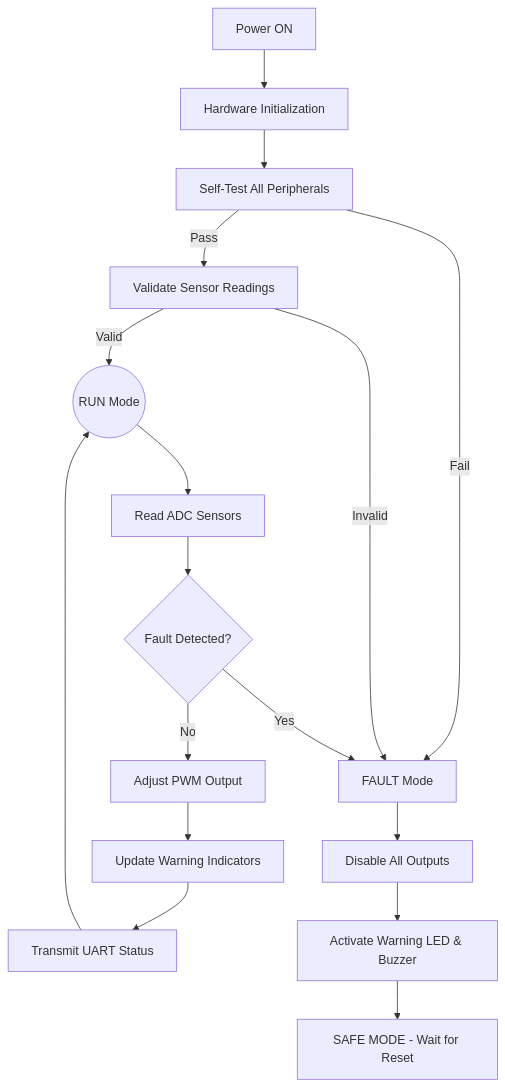
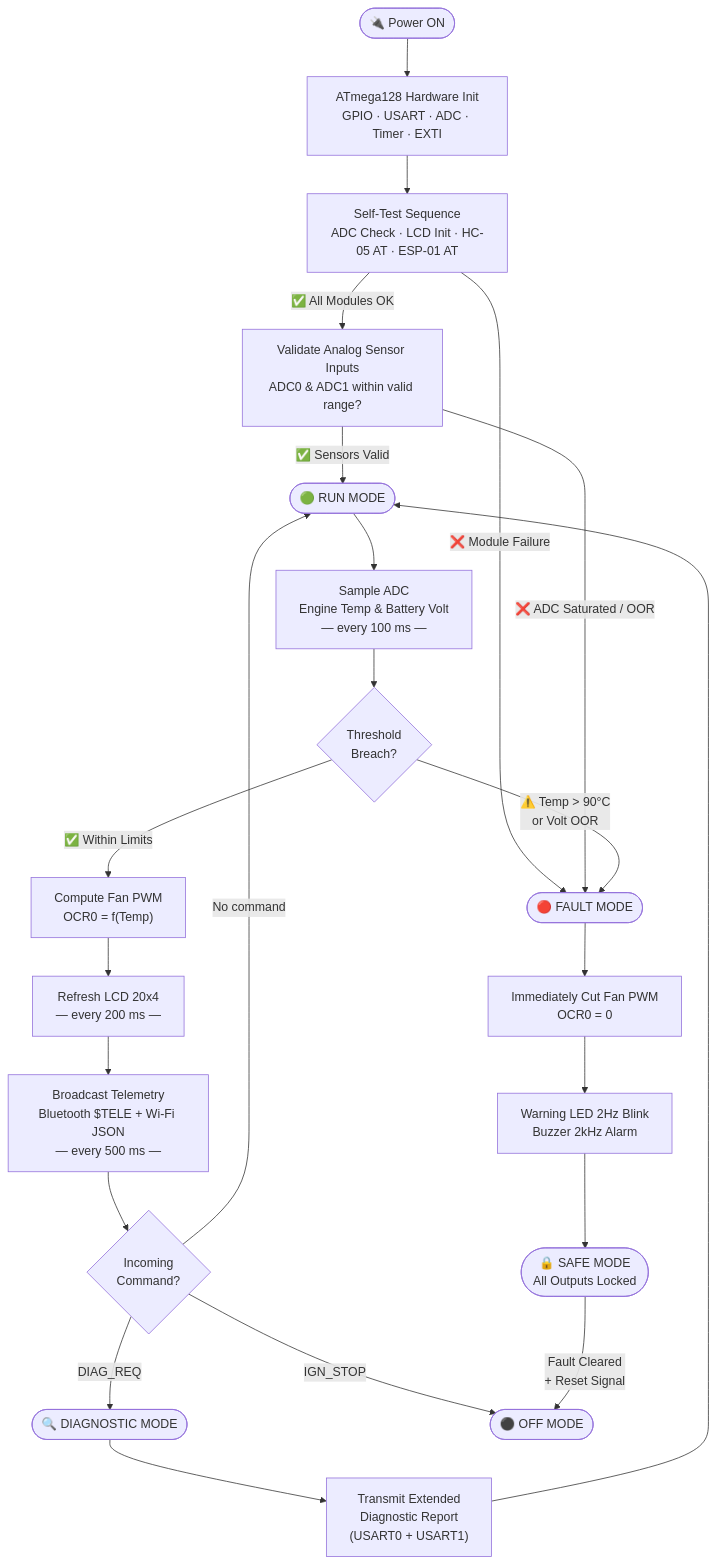
The third of 3 diagrams in Readme.md (Gestell-Solution/GGS_Automotive-Mini-ECU), drawn with Mermaid before and after one commit. The commit also changed other lines of this file, not shown here.

````diff
--- a/Readme.md
+++ b/Readme.md
@@ -258,25 +723,33 @@
 ```mermaid
 flowchart TD
-    A[Power ON] --> B[Hardware Initialization]
-    B --> C[Self-Test All Peripherals]
-  
-    C -->|Pass| D[Validate Sensor Readings]
-    C -->|Fail| FAULT
-  
-    D -->|Valid| E((RUN Mode))
-    D -->|Invalid| FAULT[FAULT Mode]
-  
-    E --> F[Read ADC Sensors]
-    F --> G{Fault Detected?}
-  
-    G -->|Yes| FAULT
-    G -->|No| H[Adjust PWM Output]
-  
-    H --> I[Update Warning Indicators]
-    I --> J[Transmit UART Status]
-    J --> E
-  
-    FAULT --> K[Disable All Outputs]
-    K --> L[Activate Warning LED & Buzzer]
-    L --> M[SAFE MODE - Wait for Reset]
+    A(["🔌 Power ON"]) --> B["ATmega128 Hardware Init\nGPIO · USART · ADC · Timer · EXTI"]
+    B --> C["Self-Test Sequence\nADC Check · LCD Init · HC-05 AT · ESP-01 AT"]
+
+    C -->|"✅ All Modules OK"| D["Validate Analog Sensor Inputs\nADC0 & ADC1 within valid range?"]
+    C -->|"❌ Module Failure"| FAULT
+
+    D -->|"✅ Sensors Valid"| E(["🟢 RUN MODE"])
+    D -->|"❌ ADC Saturated / OOR"| FAULT
+
+    E --> F["Sample ADC\nEngine Temp & Battery Volt\n— every 100 ms —"]
+    F --> G{"Threshold\nBreach?"}
+
+    G -->|"⚠️ Temp > 90°C\nor Volt OOR"| FAULT
+    G -->|"✅ Within Limits"| H["Compute Fan PWM\nOCR0 = f(Temp)"]
+
+    H --> I["Refresh LCD 20x4\n— every 200 ms —"]
+    I --> J["Broadcast Telemetry\nBluetooth $TELE + Wi-Fi JSON\n— every 500 ms —"]
+    J --> K{"Incoming\nCommand?"}
+
+    K -->|"DIAG_REQ"| DIAG(["🔍 DIAGNOSTIC MODE"])
+    K -->|"IGN_STOP"| OFF(["⚫ OFF MODE"])
+    K -->|"No command"| E
+
+    DIAG --> L["Transmit Extended\nDiagnostic Report\n(USART0 + USART1)"]
+    L --> E
+
+    FAULT(["🔴 FAULT MODE"]) --> M["Immediately Cut Fan PWM\nOCR0 = 0"]
+    M --> N["Warning LED 2Hz Blink\nBuzzer 2kHz Alarm"]
+    N --> O(["🔒 SAFE MODE\nAll Outputs Locked"])
+    O -->|"Fault Cleared\n+ Reset Signal"| OFF
 ```
````
